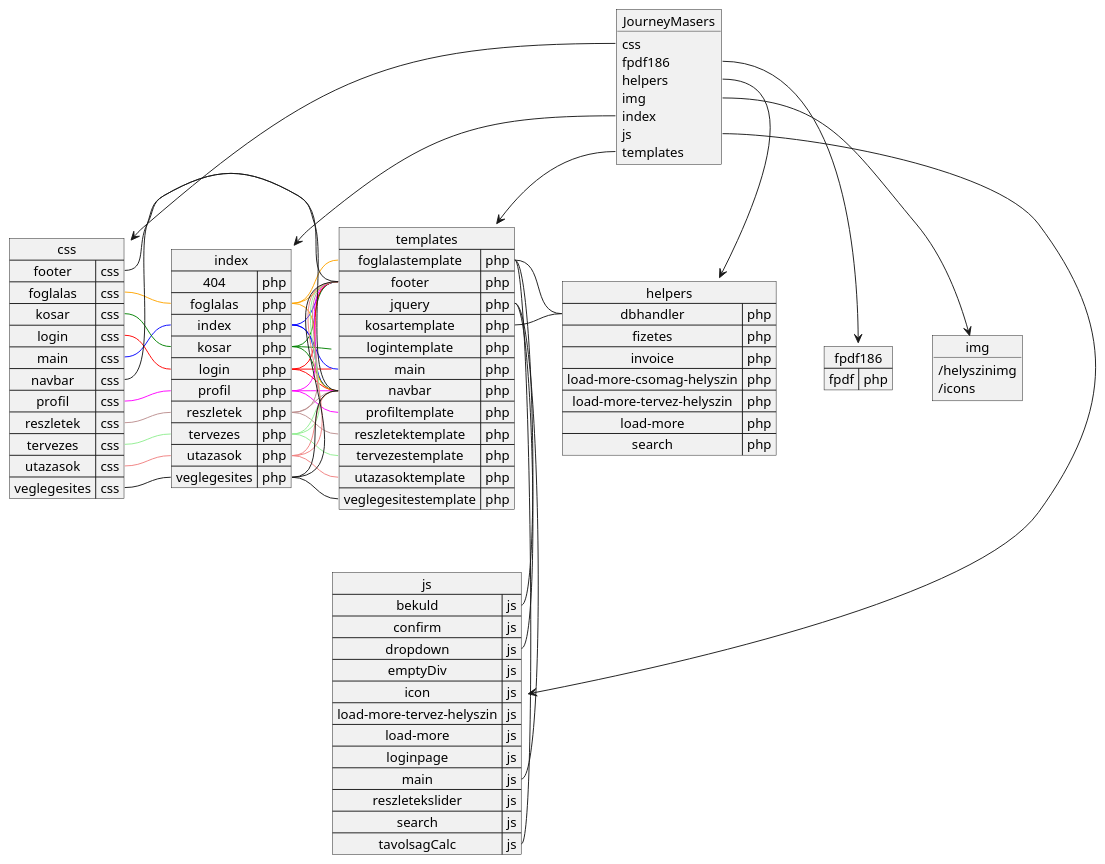
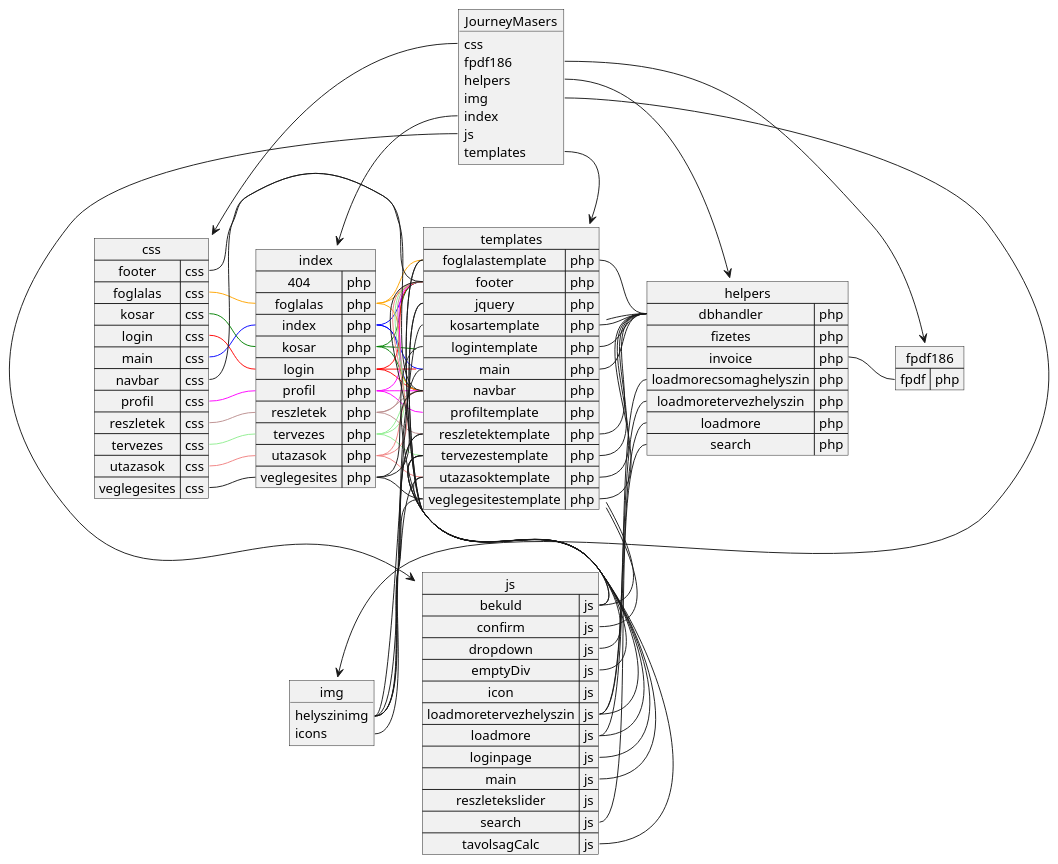
One commit to PeacefulAvocado/JourneyMasters changed the diagram in konyvtarszerkezet.puml. Above: the diagram before and after it, drawn with PlantUML. The commit also changed 24 other files, not shown here.

```diff
--- a/konyvtarszerkezet.puml
+++ b/konyvtarszerkezet.puml
@@ -1,151 +1,188 @@
 @startuml
 
 object JourneyMasers {
     css
     fpdf186
     helpers
     img
     index
     js
     templates
 }
 
 map css{
 footer => css
 foglalas => css
 kosar => css
 login => css
 main => css
 navbar => css
 profil => css
 reszletek => css
 tervezes => css
 utazasok => css
 veglegesites => css
 }
 map fpdf186{
 fpdf => php
 }
 
 map helpers{
 dbhandler => php
 fizetes => php
 invoice => php
-load-more-csomag-helyszin => php
-load-more-tervez-helyszin => php
-load-more => php
+loadmorecsomaghelyszin => php
+loadmoretervezhelyszin => php
+loadmore => php
 search => php
 }
 object img {
-    /helyszinimg
-    /icons 
+    helyszinimg
+    icons 
     }
 
 map index {
     404 => php
     foglalas =>php
     index => php
     kosar =>php
     login =>php
     profil =>php
     reszletek =>php
     tervezes =>php
     utazasok => php
     veglegesites => php 
 }
 
 map js {
     bekuld => js 
     confirm => js 
     dropdown => js 
     emptyDiv => js 
     icon => js 
-    load-more-tervez-helyszin => js 
-    load-more => js 
+    loadmoretervezhelyszin => js 
+    loadmore => js 
     loginpage => js 
     main => js 
     reszletekslider => js 
     search => js 
     tavolsagCalc => js 
  }
 
 map templates {
     foglalastemplate => php
     footer => php
     jquery => php
     kosartemplate => php
     logintemplate => php
     main => php
     navbar => php
     profiltemplate => php
     reszletektemplate => php
     tervezestemplate => php
     utazasoktemplate => php
     veglegesitestemplate => php
 }
 
 JourneyMasers::css -down-> css
-JourneyMasers::fpdf186 -down-> fpdf186
+JourneyMasers::fpdf186 -right-> fpdf186
 JourneyMasers::helpers -down-> helpers
-JourneyMasers::img -down-> img
+JourneyMasers::img -right-> img
 JourneyMasers::index -down-> index
 JourneyMasers::js -down-> js
 JourneyMasers::templates -down-> templates
 
 index::index -right[#blue]-- templates::navbar
 index::index -right[#blue]-- templates::footer
 index::index -right[#blue]-- templates::main
 index::index -left[#blue]-- css::main
 
 index::kosar -right[#Green]-- templates::navbar 
 index::kosar -right[#Green]-- templates::footer
 index::kosar -right[#Green]-- templates::kosar
 index::kosar -left[#Green]-- css::kosar
 
 index::login -right[#red]-- templates::navbar
 index::login -right[#red]-- templates::footer
 index::login -right[#red]-- templates::login
 index::login -left[#red]-- css::login
 
 index::foglalas -right[#Orange]-- templates::footer
 index::foglalas -right[#Orange]-- templates::navbar
 index::foglalas -right[#Orange]-- templates::foglalastemplate
 index::foglalas -left[#Orange]-- css::foglalas
 
 index::profil -right[#Magenta]-- templates::footer
 index::profil -right[#Magenta]-- templates::navbar
 index::profil -right[#Magenta]-- templates::profiltemplate
 index::profil -left[#Magenta]-- css::profil
 
 index::reszletek -right[#RosyBrown]-- templates::footer
 index::reszletek -right[#RosyBrown]-- templates::navbar
 index::reszletek -right[#RosyBrown]-- templates::reszletektemplate
 index::reszletek -right[#RosyBrown]-- css::reszletek
 
 index::tervezes -right[#LightGreen]-- templates::footer
 index::tervezes -right[#LightGreen]-- templates::navbar
 index::tervezes -right[#LightGreen]-- templates::tervezestemplate
 index::tervezes -left[#LightGreen]-- css::tervezes
 
 index::utazasok -right[#LightCoral]-- templates::footer
 index::utazasok -right[#LightCoral]-- templates::navbar
 index::utazasok -right[#LightCoral]-- templates::utazasoktemplate
 index::utazasok -left[#LightCoral]-- css::utazasok
 
 index::veglegesites -right-- templates::footer
 index::veglegesites -right-- templates::navbar
 index::veglegesites -right-- templates::veglegesitestemplate
 index::veglegesites -left-- css::veglegesites
 
 templates::footer -right-- css::footer
 templates::navbar -right-- css::navbar
 
 templates::foglalastemplate -right- helpers::dbhandler
 templates::foglalastemplate -down- js::tavolsagCalc
 templates::foglalastemplate -down- js::bekuld
 
 templates::jquery -down- js::main
 templates::jquery -down- js::dropdown
 
 templates::kosartemplate -right- helpers::dbhandler
+templates::kosartemplate -down- img::helyszinimg
+
+templates::logintemplate -down- helpers::dbhandler
+templates::logintemplate -down- js::loginpage
+
+templates::main -down- helpers::dbhandler
+templates::main -down- img::helyszinimg
+
+templates::profiletemplate -right- helpers::dbhandler
+templates::profiletemplate -down- js::bekuld
+templates::profiletemplate -down- js::confirm
+
+templates::reszletektemplate -right- helpers::dbhandler
+templates::reszletektemplate -down- img::helyszinimg
+templates::reszletektemplate -down- img::icons
+
+templates::tervezestemplate -right- helpers::dbhandler
+templates::tervezestemplate -down- js::bekuld
+templates::tervezestemplate -down- js::loadmoretervezhelyszin
+templates::tervezestemplate -down- js::emptyDiv
+
+templates::utazasoktemplate -right- helpers::dbhandler
+templates::utazasoktemplate -down- js::loadmore
+templates::utazasoktemplate -down- img::helyszinimg
+
+templates::veglegesitestemplate -right- helpers::dbhandler
+templates::veglegesitestemplate -down- img::helyszinimg
+
+helpers::invoice -right- fpdf186::fpdf
+
+js::loadmoretervezhelyszin -up- helpers::loadmoretervezhelyszin
+js::loadmoretervezhelyszin -up- helpers::loadmorecsomaghelyszin
+
+js::loadmore -up- helpers::loadmore
+
+js::search -up- helpers::search
+
 @enduml
```
